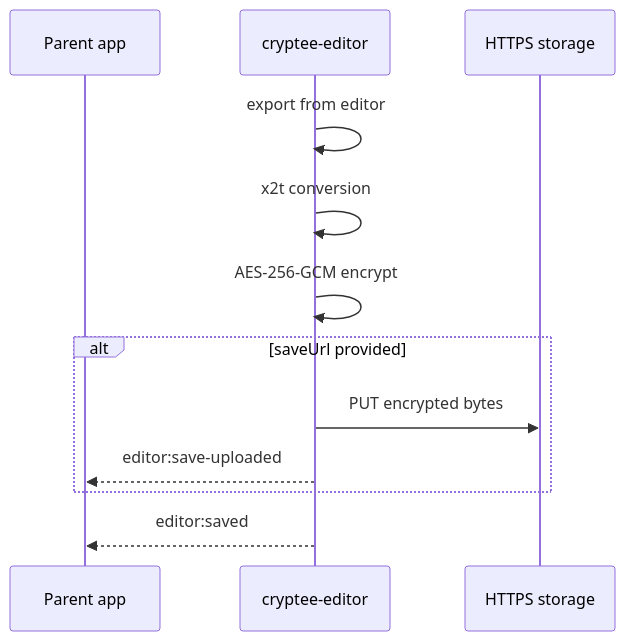
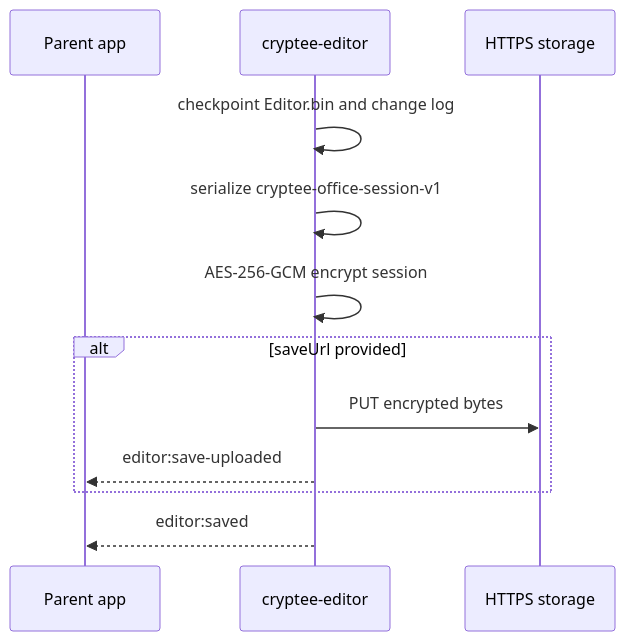
The third of 4 diagrams in docs/ARCHITECTURE.md (OpenE2EELabs/cryptee-editor), drawn with Mermaid before and after one commit. The commit also changed other lines of this file and 16 other files, not shown here.

Commit message:
Add encrypted Office session format

````diff
--- a/docs/ARCHITECTURE.md
+++ b/docs/ARCHITECTURE.md
@@ -30,14 +34,14 @@
 ```mermaid
 sequenceDiagram
   participant App as Parent app
   participant Editor as cryptee-editor
   participant Store as HTTPS storage
-  Editor->>Editor: export from editor
-  Editor->>Editor: x2t conversion
-  Editor->>Editor: AES-256-GCM encrypt
+  Editor->>Editor: checkpoint Editor.bin and change log
+  Editor->>Editor: serialize cryptee-office-session-v1
+  Editor->>Editor: AES-256-GCM encrypt session
   alt saveUrl provided
     Editor->>Store: PUT encrypted bytes
     Editor-->>App: editor:save-uploaded
   end
   Editor-->>App: editor:saved
 ```
````
